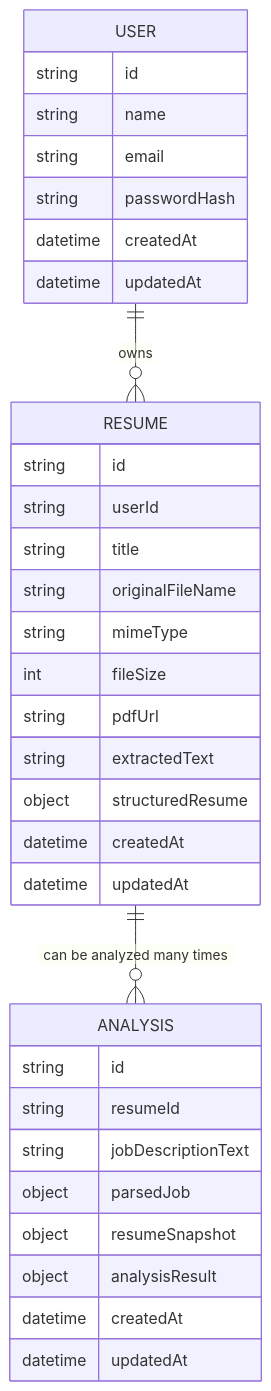
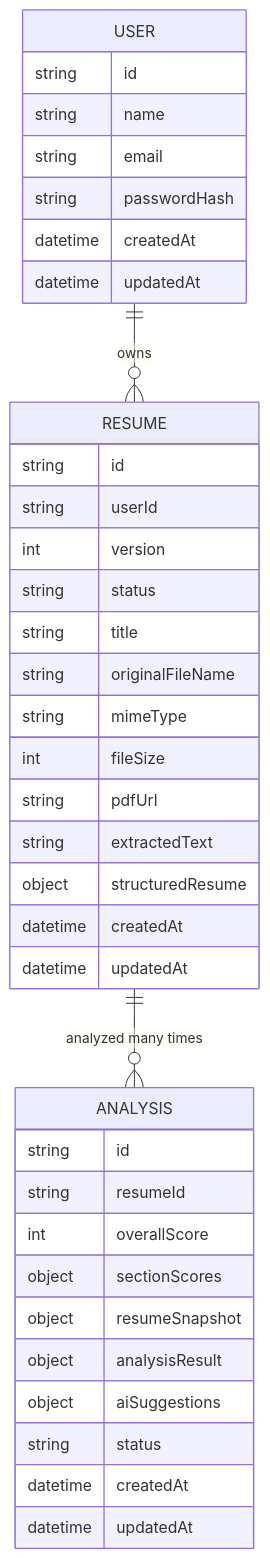
One commit to subaspanta/Resumate changed the first of 2 diagrams in docs/architecture/er-diagrams.md. Above: the diagram before and after it, drawn with Mermaid. The commit also changed other lines of this file and 5 other files, not shown here.

````diff
--- a/docs/architecture/er-diagrams.md
+++ b/docs/architecture/er-diagrams.md
@@ -11,40 +20,44 @@
 ```mermaid
 erDiagram
 
     USER ||--o{ RESUME : owns
-    RESUME ||--o{ ANALYSIS : "can be analyzed many times"
+    RESUME ||--o{ ANALYSIS : "analyzed many times"
 
     USER {
         string id
         string name
         string email
         string passwordHash
         datetime createdAt
         datetime updatedAt
     }
 
     RESUME {
         string id
         string userId
+        int version
+        string status
         string title
         string originalFileName
         string mimeType
         int fileSize
         string pdfUrl
         string extractedText
         object structuredResume
         datetime createdAt
         datetime updatedAt
     }
 
     ANALYSIS {
         string id
         string resumeId
-        string jobDescriptionText
-        object parsedJob
+        int overallScore
+        object sectionScores
         object resumeSnapshot
         object analysisResult
+        object aiSuggestions
+        string status
         datetime createdAt
         datetime updatedAt
     }
 ```
````
